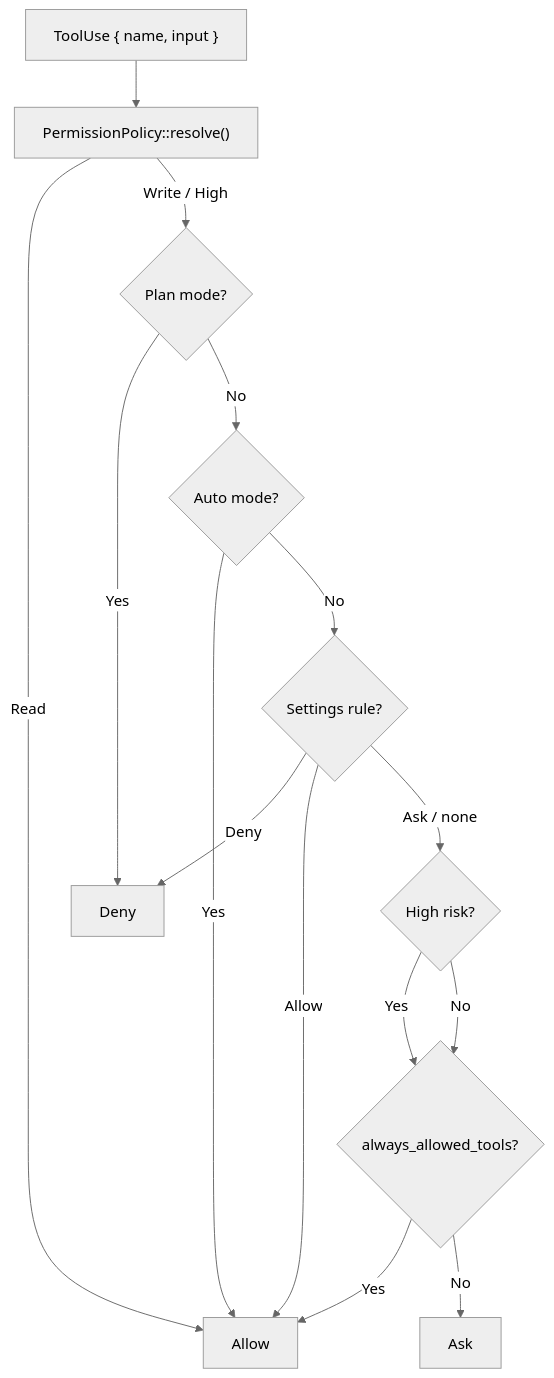
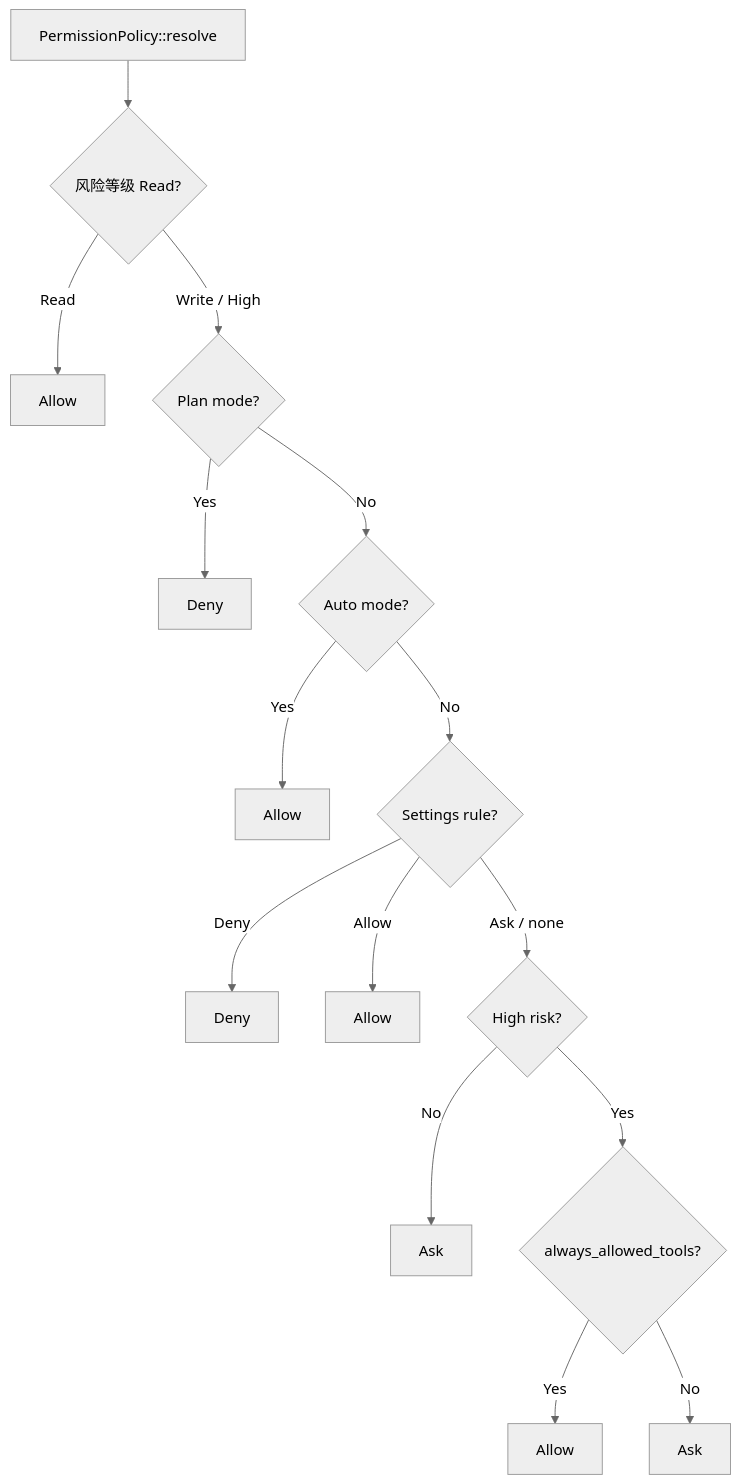
The first of 4 diagrams in book/10_chapter_permission_zh.md (rust-infra/tact), drawn with Mermaid (neutral theme) before and after one commit. The commit also changed 40 other files, not shown here.

````diff
--- a/book/10_chapter_permission_zh.md
+++ b/book/10_chapter_permission_zh.md
@@ -145,22 +145,17 @@
 ```mermaid
-flowchart TD
-    TC["ToolUse { name, input }"] --> Risk["PermissionPolicy::resolve()"]
-    Risk -- Read --> Allow["Allow"]
-    Risk -- Write / High --> Plan{"Plan mode?"}
-
-    Plan -- Yes --> Deny["Deny"]
-    Plan -- No --> Auto{"Auto mode?"}
-
-    Auto -- Yes --> Allow
-    Auto -- No --> Settings{"Settings rule?"}
-
-    Settings -- Deny --> Deny
-    Settings -- Allow --> Allow
-    Settings -- Ask / none --> High{"High risk?"}
-
-    High -- Yes --> AllowList{"always_allowed_tools?"}
-    High -- No --> AllowList
-
-    AllowList -- Yes --> Allow
-    AllowList -- No --> Ask
+graph TD
+    a_risk[PermissionPolicy::resolve] --> b_risk{风险等级 Read?}
+    b_risk -->|Read| o1[Allow]
+    b_risk -->|Write / High| c_plan{Plan mode?}
+    c_plan -->|Yes| o2[Deny]
+    c_plan -->|No| d_auto{Auto mode?}
+    d_auto -->|Yes| o3[Allow]
+    d_auto -->|No| e_settings{Settings rule?}
+    e_settings -->|Deny| o4[Deny]
+    e_settings -->|Allow| o5[Allow]
+    e_settings -->|Ask / none| f_high{High risk?}
+    f_high -->|No| o6[Ask]
+    f_high -->|Yes| g_list{always_allowed_tools?}
+    g_list -->|Yes| o7[Allow]
+    g_list -->|No| o8[Ask]
 ```
````
